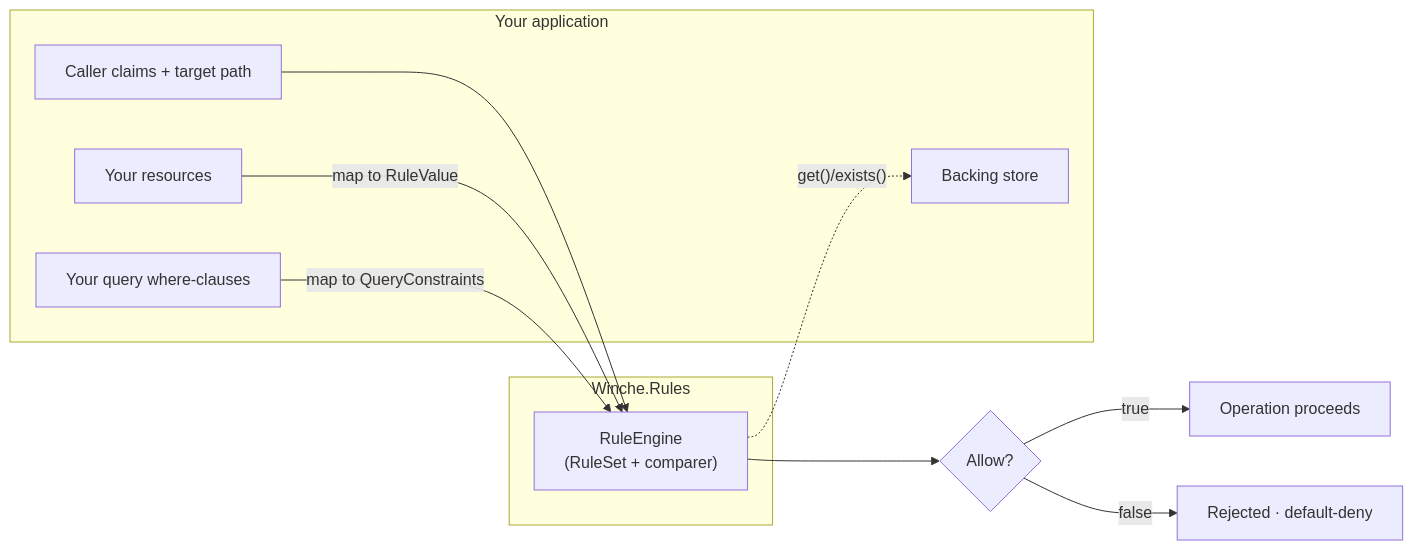
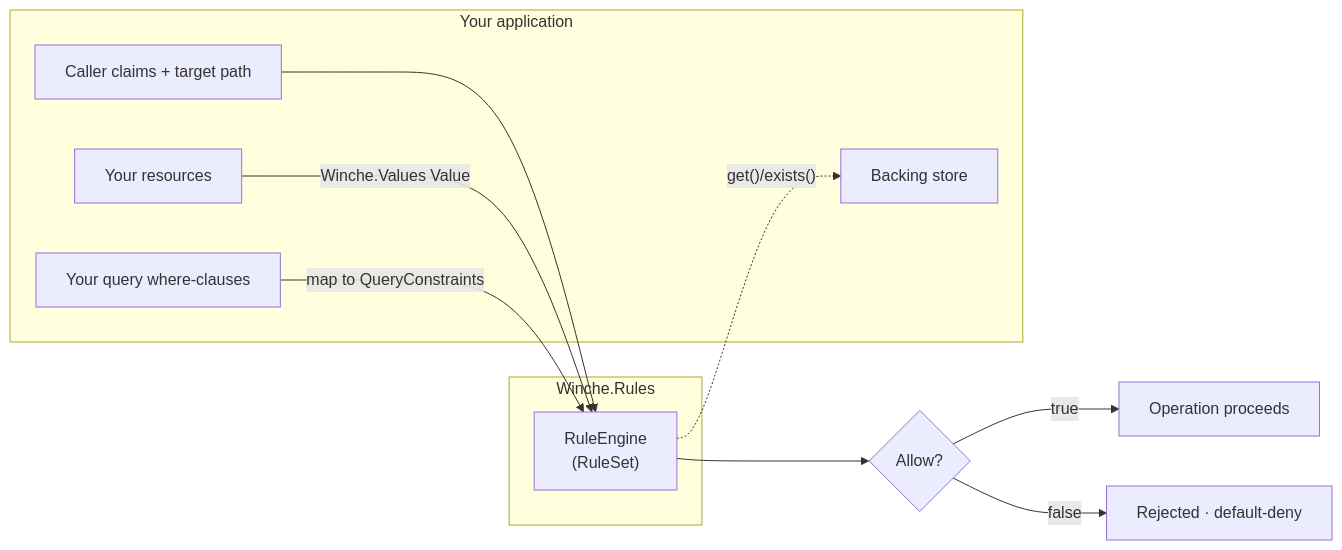
The first of 5 diagrams in README.md (FlameOfUdun/winche-rules), drawn with Mermaid before and after one commit. The commit also changed other lines of this file and 46 other files, not shown here.

First line of the commit message:
Rules evaluate on Winche.Core's values; RuleValue removed

````diff
--- a/README.md
+++ b/README.md
@@ -53,21 +53,21 @@
 ```mermaid
 flowchart LR
     subgraph You["Your application"]
         Claims["Caller claims + target path"]
         Res["Your resources"]
         Q["Your query where-clauses"]
         Store["Backing store"]
     end
 
     subgraph Engine["Winche.Rules"]
-        RE["RuleEngine<br/>(RuleSet + comparer)"]
+        RE["RuleEngine<br/>(RuleSet)"]
     end
 
     Claims --> RE
-    Res -->|map to RuleValue| RE
+    Res -->|Winche.Values Value| RE
     Q -->|map to QueryConstraints| RE
     RE --> Dec{"Allow?"}
     Dec -->|true| OK["Operation proceeds"]
     Dec -->|false| NO["Rejected · default-deny"]
     RE -. "get()/exists()" .-> Store
 ```
````
